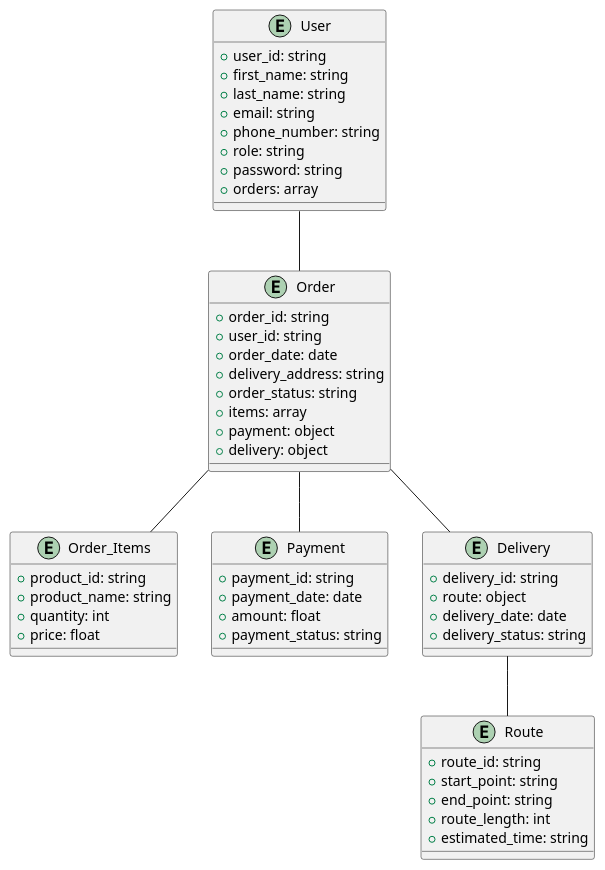
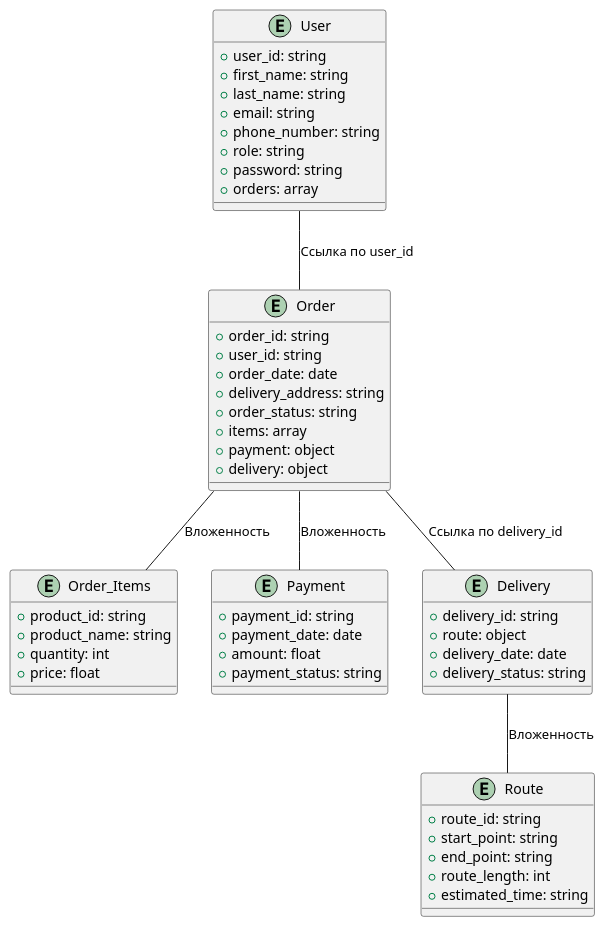
One commit to puchkova-va/Puchkova_analytics_practice changed the diagram in Diagram_DB_NR.puml. Above: the diagram before and after it, drawn with PlantUML. The commit also changed 4 other files, not shown here.

```diff
--- a/Diagram_DB_NR.puml
+++ b/Diagram_DB_NR.puml
@@ -1,60 +1,60 @@
 @startuml
 
 entity "User" as users {
   + user_id: string
   + first_name: string
   + last_name: string
   + email: string
   + phone_number: string
   + role: string
   + password: string
   + orders: array
 }
 
 entity "Order" as orders {
   + order_id: string
   + user_id: string
   + order_date: date
   + delivery_address: string
   + order_status: string
   + items: array
   + payment: object
   + delivery: object
 }
 
 entity "Order_Items" as order_items {
   + product_id: string
   + product_name: string
   + quantity: int
   + price: float
 }
 
 entity "Payment" as payment {
   + payment_id: string
   + payment_date: date
   + amount: float
   + payment_status: string
 }
 
 entity "Delivery" as delivery {
   + delivery_id: string
   + route: object
   + delivery_date: date
   + delivery_status: string
 }
 
 entity "Route" as route {
   + route_id: string
   + start_point: string
   + end_point: string
   + route_length: int
   + estimated_time: string
 }
 
-users -- orders 
-orders -- order_items 
-orders -- payment 
-orders -- delivery 
-delivery -- route 
+users -- orders : "Сcылка по user_id"
+orders -- order_items : "Вложенность"
+orders -- payment : "Вложенность"
+orders -- delivery : "Ссылка по delivery_id"
+delivery -- route : "Вложенность"
 
 @enduml
```
